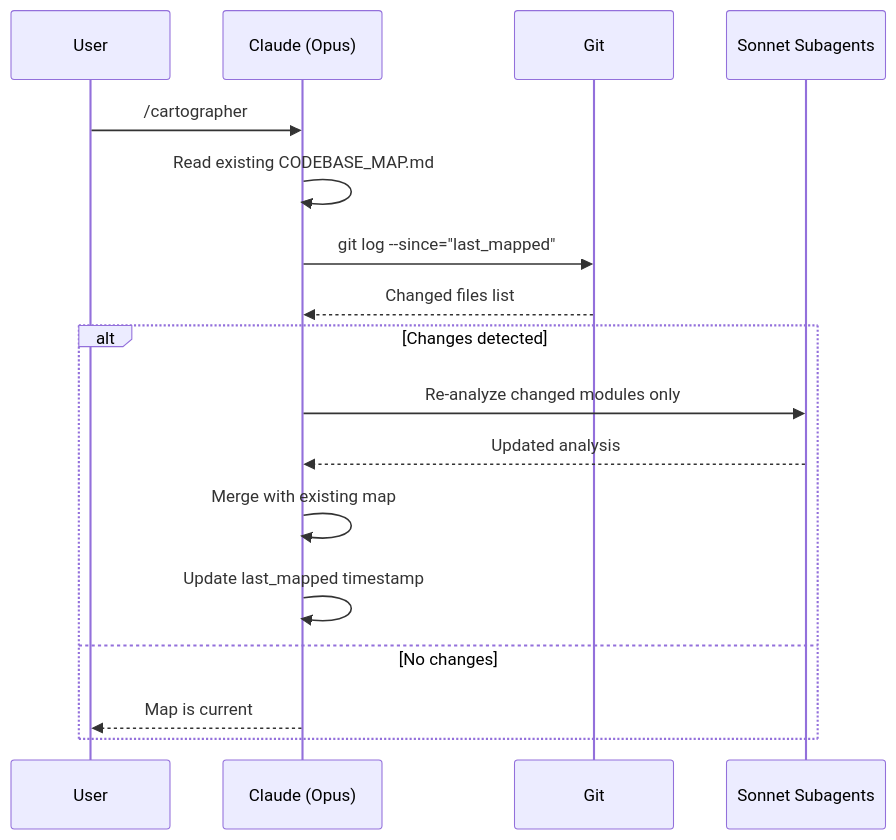
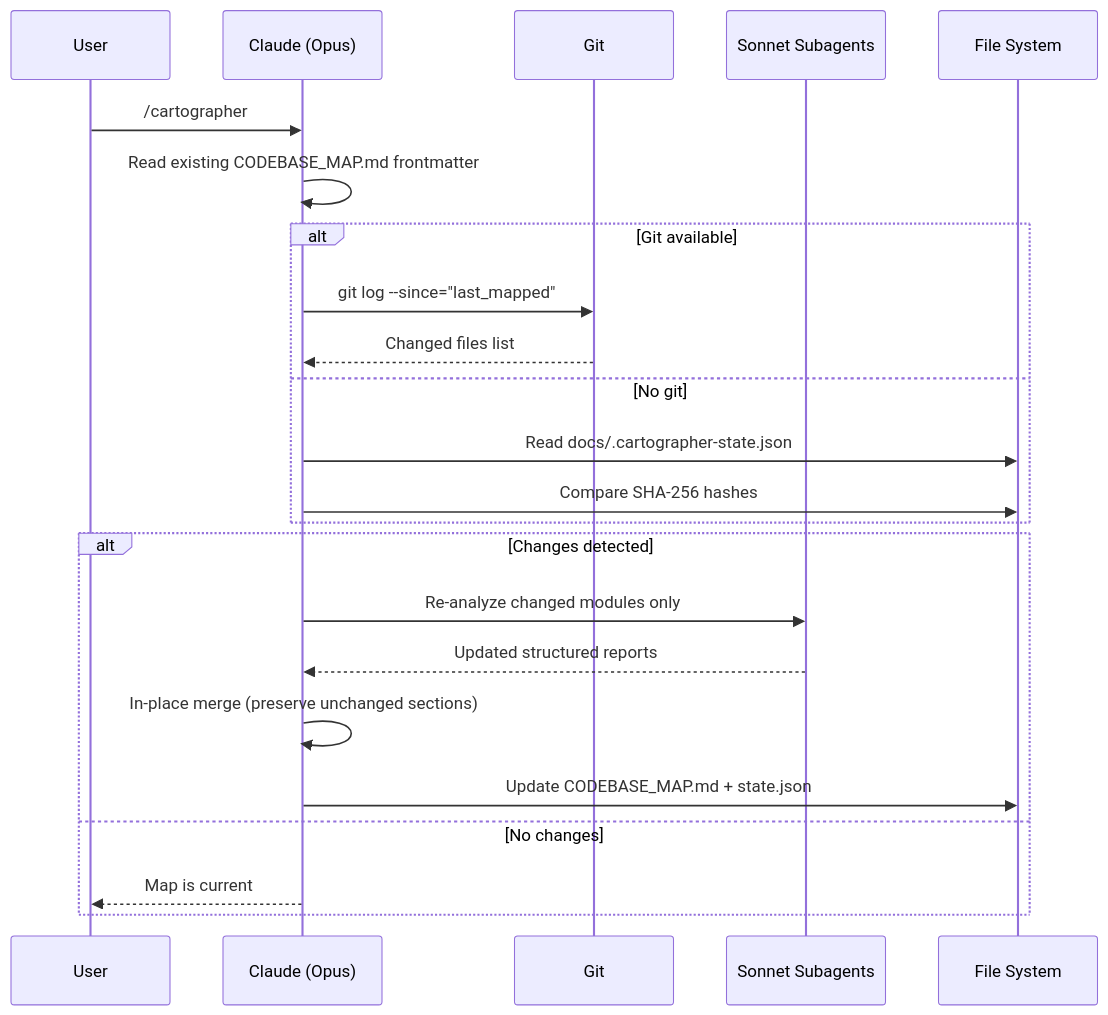
Before and after one commit to yelban/cartographer: the third of 3 diagrams in docs/CODEBASE_MAP.md, drawn with Mermaid. The commit also changed other lines of this file and 7 other files, not shown here.

````diff
--- a/docs/CODEBASE_MAP.md
+++ b/docs/CODEBASE_MAP.md
@@ -188,21 +268,28 @@
 ```mermaid
 sequenceDiagram
     participant User
     participant Claude as Claude (Opus)
     participant Git
     participant Sonnet as Sonnet Subagents
+    participant FS as File System
 
     User->>Claude: /cartographer
-    Claude->>Claude: Read existing CODEBASE_MAP.md
-    Claude->>Git: git log --since="last_mapped"
-    Git-->>Claude: Changed files list
+    Claude->>Claude: Read existing CODEBASE_MAP.md frontmatter
+
+    alt Git available
+        Claude->>Git: git log --since="last_mapped"
+        Git-->>Claude: Changed files list
+    else No git
+        Claude->>FS: Read docs/.cartographer-state.json
+        Claude->>FS: Compare SHA-256 hashes
+    end
 
     alt Changes detected
         Claude->>Sonnet: Re-analyze changed modules only
-        Sonnet-->>Claude: Updated analysis
-        Claude->>Claude: Merge with existing map
-        Claude->>Claude: Update last_mapped timestamp
+        Sonnet-->>Claude: Updated structured reports
+        Claude->>Claude: In-place merge (preserve unchanged sections)
+        Claude->>FS: Update CODEBASE_MAP.md + state.json
     else No changes
         Claude-->>User: Map is current
     end
 ```
````
